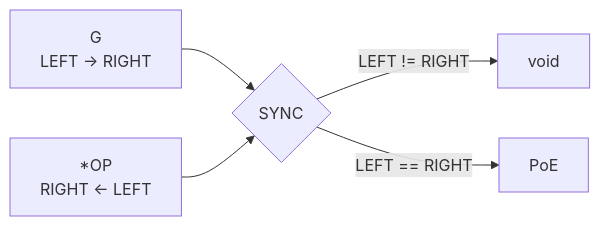
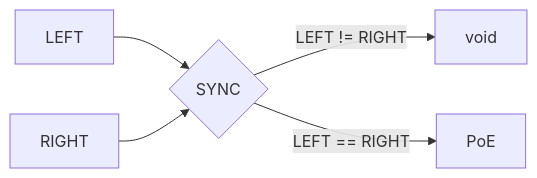
The eighth of 37 diagrams in @CGS.md (flipoyo/ComplexGitSync), drawn with Mermaid before and after one commit. The commit also changed other lines of this file, not shown here.

````diff
--- a/@CGS.md
+++ b/@CGS.md
@@ -192,16 +227,14 @@
 ```mermaid
 flowchart LR
-    GL["G<br/>LEFT -> RIGHT"]
-    OR["*OP<br/>RIGHT <- LEFT"]
-
+    LEFT["LEFT"]
+    RIGHT["RIGHT"]
     SYNC{"SYNC"}
-
     VOID["void"]
     POE["PoE"]
 
-    GL --> SYNC
-    OR --> SYNC
+    LEFT --> SYNC
+    RIGHT --> SYNC
 
     SYNC -->|"LEFT != RIGHT"| VOID
     SYNC -->|"LEFT == RIGHT"| POE
 ```
````
